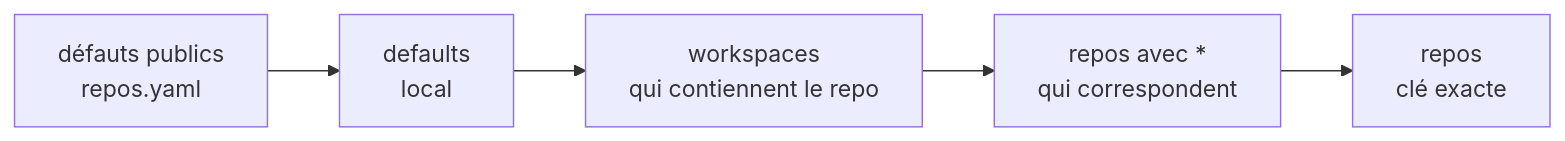
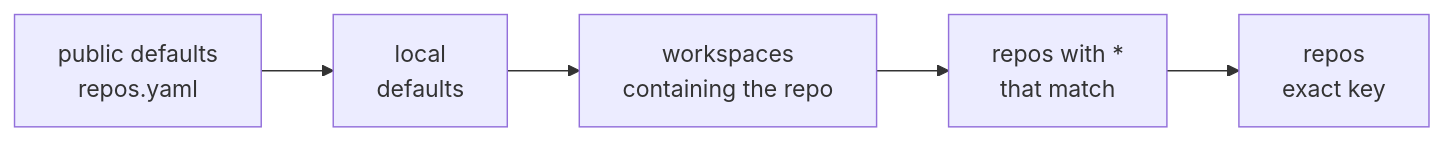
One commit to nicolasmondain/adorno changed the second of 4 diagrams in docs/setup.md. Above: the diagram before and after it, drawn with Mermaid. The commit also changed other lines of this file and 379 other files, not shown here.

````diff
--- a/docs/setup.md
+++ b/docs/setup.md
@@ -93,4 +93,4 @@
 ```mermaid
 flowchart LR
-  d1["défauts publics<br/>repos.yaml"] --> d2["defaults<br/>local"] --> w["workspaces<br/>qui contiennent le repo"] --> g["repos avec *<br/>qui correspondent"] --> e["repos<br/>clé exacte"]
+  d1["public defaults<br/>repos.yaml"] --> d2["local<br/>defaults"] --> w["workspaces<br/>containing the repo"] --> g["repos with *<br/>that match"] --> e["repos<br/>exact key"]
 ```
````
